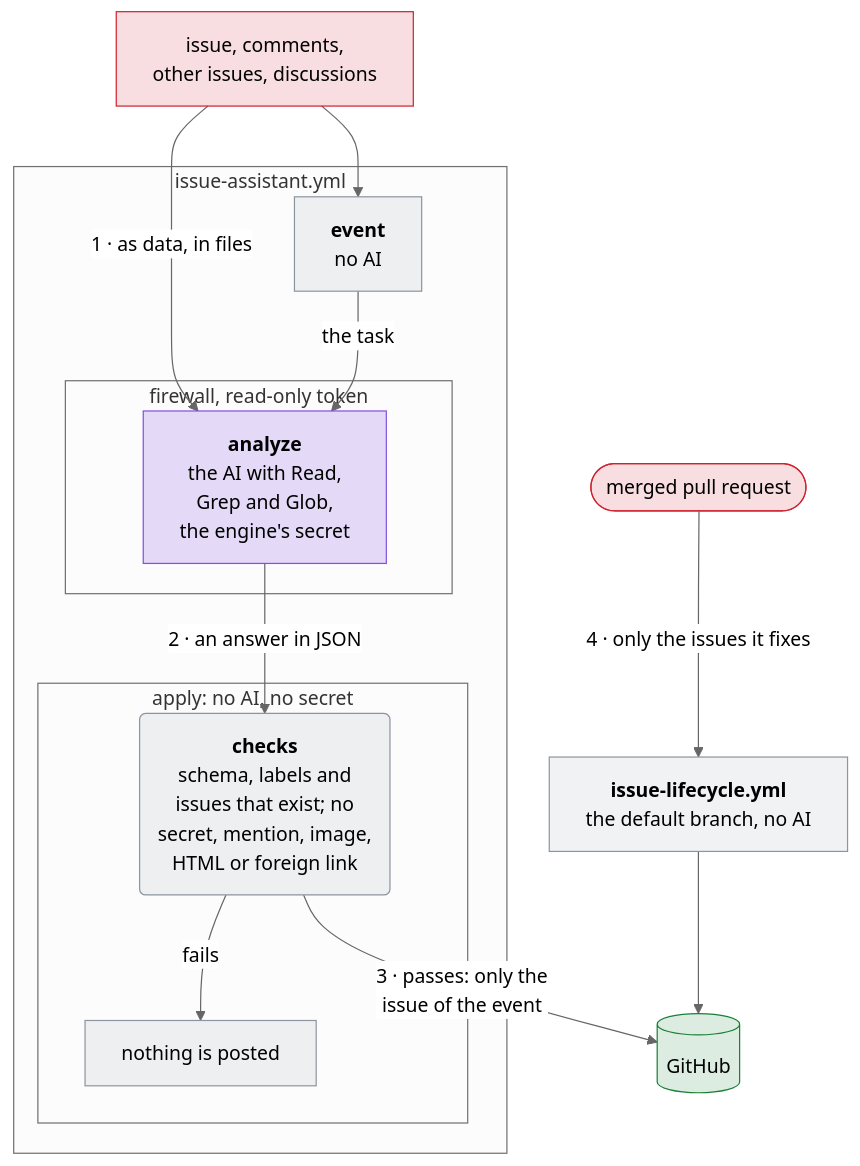
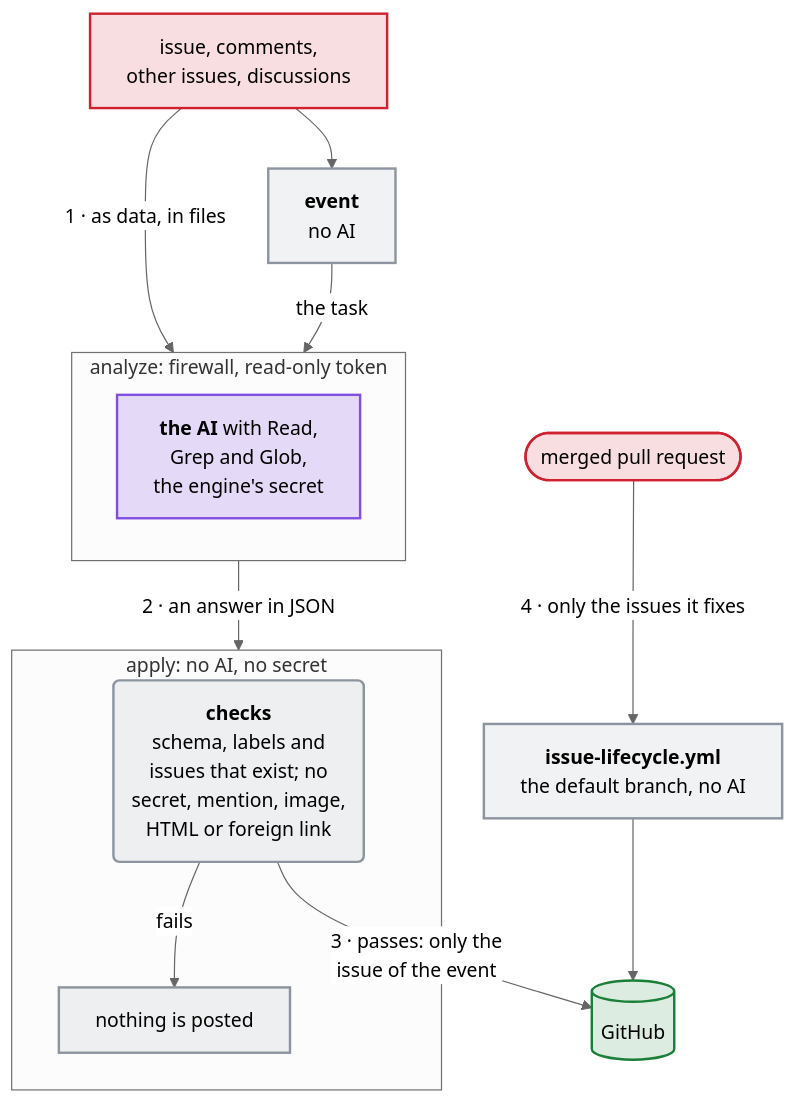
The ninth of 11 diagrams in README.md (Dennis-Otto/issue-assistant), drawn with Mermaid (neutral theme) before and after one commit. The commit also changed other lines of this file and 4 other files, not shown here.

First line of the commit message:
docs: accessible top-to-bottom diagrams, and three new ones (#82)

````diff
--- a/README.md
+++ b/README.md
@@ -298,31 +366,31 @@
 ```mermaid
 flowchart TB
+  accTitle: The trust boundaries of the issue assistant
+  accDescr: Anyone can write an issue, its comments, other issues and discussions, and a pull request. The text reaches the event job, which runs no AI and chooses the task, and, as data in files, the job analyze: the first boundary. There the AI reads with Read, Grep and Glob alone, behind a firewall, with a read-only token and the engine's secret. Its answer in JSON crosses the second boundary into the job apply, which runs no AI and holds no secret. Its checks want the schema, labels and issues that exist, and no secret, mention, image, HTML or foreign link. When they fail, nothing is posted; when they pass, apply writes to GitHub, only to the issue of the event: the third boundary. A merged pull request starts issue-lifecycle.yml on the default branch, without AI, which learns only the issues that it fixes, the fourth boundary, and writes to GitHub.
   text["issue, comments,<br/>other issues, discussions"]
   merged(["merged pull request"])
-  subgraph run ["issue-assistant.yml"]
-    event["<b>event</b><br/>no AI"]
-    subgraph firewall ["firewall, read-only token"]
-      analyze["<b>analyze</b><br/>the AI with Read,<br/>Grep and Glob,<br/>the engine's secret"]
-    end
-    subgraph checked ["apply: no AI, no secret"]
-      checks("<b>checks</b><br/>schema, labels and<br/>issues that exist; no<br/>secret, mention, image,<br/>HTML or foreign link")
-      refused["nothing is posted"]
-    end
+  event["<b>event</b><br/>no AI"]
+  subgraph firewall ["analyze: firewall, read-only token"]
+    analyze["<b>the AI</b> with Read,<br/>Grep and Glob,<br/>the engine's secret"]
   end
-  text -- "1 · as data, in files" --> analyze
+  subgraph checked ["apply: no AI, no secret"]
+    checks("<b>checks</b><br/>schema, labels and<br/>issues that exist; no<br/>secret, mention, image,<br/>HTML or foreign link")
+    refused["nothing is posted"]
+  end
+  text -- "1 · as data, in files" --> firewall
   text --> event
-  event -- "the task" --> analyze
-  analyze -- "2 · an answer in JSON" --> checks
+  event -- "the task" --> firewall
+  firewall -- "2 · an answer in JSON" --> checked
   checks -- "fails" --> refused
   checks -- "3 · passes: only the<br/>issue of the event" --> github[("GitHub")]
   merged -- "4 · only the issues it fixes" --> lifecycle["<b>issue-lifecycle.yml</b><br/>the default branch, no AI"]
   lifecycle --> github
-  classDef untrusted fill:#cf222e26,stroke:#cf222e
-  classDef ai fill:#8250df33,stroke:#8250df
-  classDef job fill:#8c959f1f,stroke:#8c959f
-  classDef safe fill:#1a7f3726,stroke:#1a7f37
+  classDef untrusted fill:#cf222e26,stroke:#cf222e,stroke-width:2px
+  classDef ai fill:#8250df33,stroke:#8250df,stroke-width:2px
+  classDef job fill:#8c959f1f,stroke:#8c959f,stroke-width:2px
+  classDef safe fill:#1a7f3726,stroke:#1a7f37,stroke-width:2px
   class text,merged untrusted
   class analyze ai
   class event,lifecycle,checks,refused job
   class github safe
 ```
````
